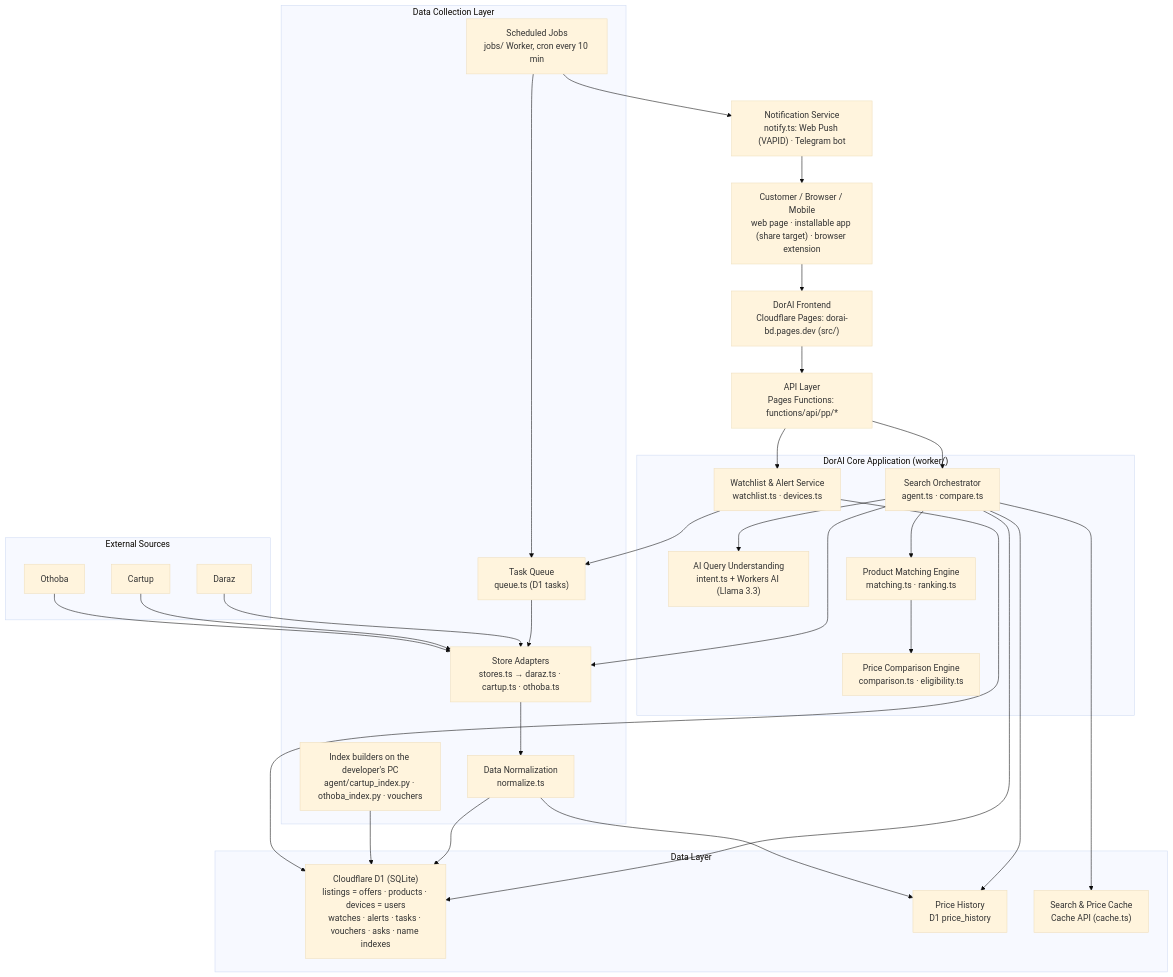
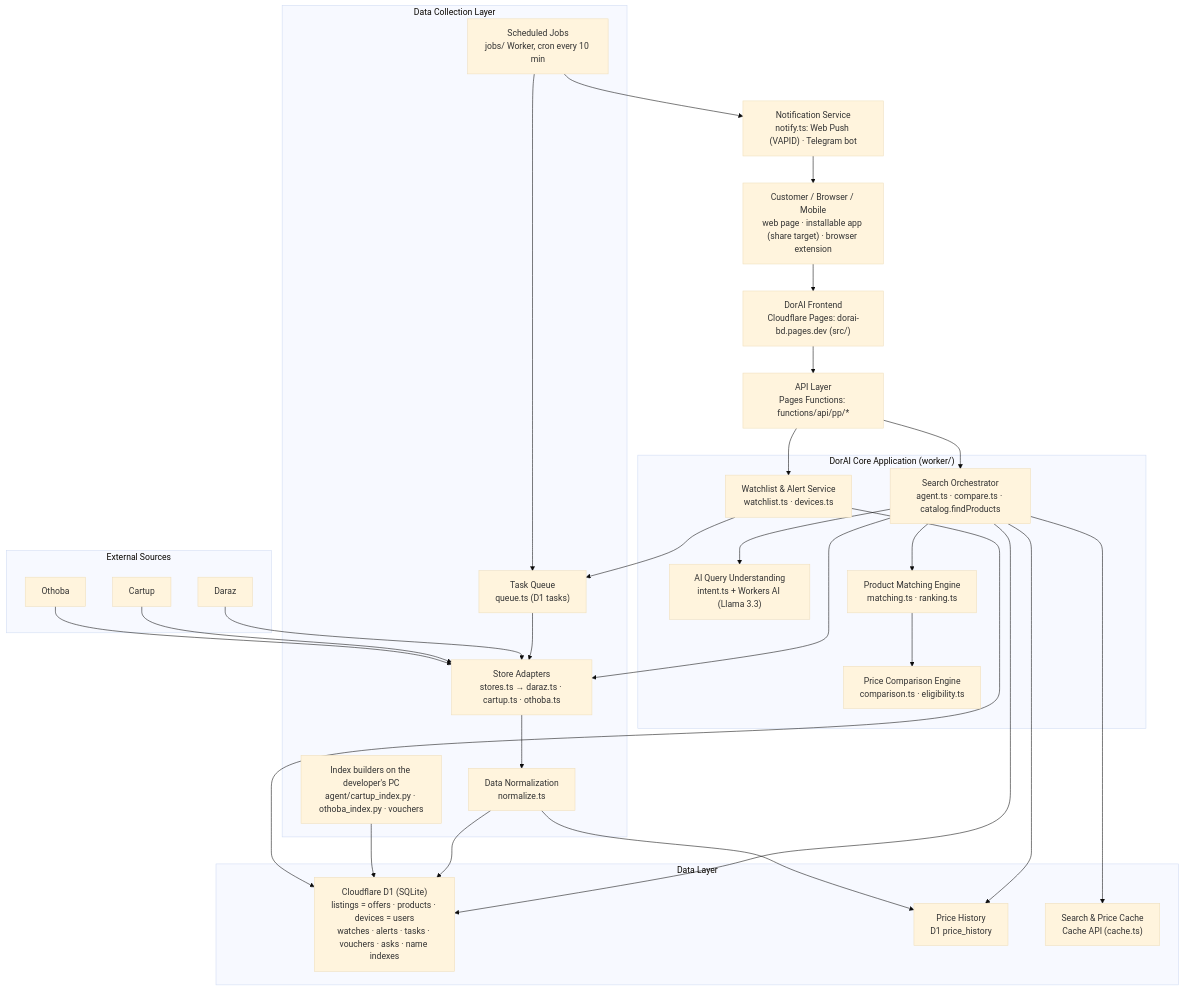
One commit to Atikul-Dipto/dorai changed the first of 3 diagrams in docs/ARCHITECTURE.md. Above: the diagram before and after it, drawn with Mermaid (base theme). The commit also changed other lines of this file and 13 other files, not shown here.

First line of the commit message:
Search follows the owner's diagram: cache, parse, find in the catalogue, rank, store

````diff
--- a/docs/ARCHITECTURE.md
+++ b/docs/ARCHITECTURE.md
@@ -6,58 +6,58 @@
 ```mermaid
 flowchart TB
   user["Customer / Browser / Mobile<br/>web page · installable app (share target) · browser extension"]
   pages["DorAI Frontend<br/>Cloudflare Pages: dorai-bd.pages.dev (src/)"]
   api["API Layer<br/>Pages Functions: functions/api/pp/*"]
 
   subgraph core["DorAI Core Application (worker/)"]
-    orch["Search Orchestrator<br/>agent.ts · compare.ts"]
+    orch["Search Orchestrator<br/>agent.ts · compare.ts · catalog.findProducts"]
     ai["AI Query Understanding<br/>intent.ts + Workers AI (Llama 3.3)"]
     match["Product Matching Engine<br/>matching.ts · ranking.ts"]
     price["Price Comparison Engine<br/>comparison.ts · eligibility.ts"]
     watch["Watchlist & Alert Service<br/>watchlist.ts · devices.ts"]
   end
 
   subgraph collect["Data Collection Layer"]
     jobs["Scheduled Jobs<br/>jobs/ Worker, cron every 10 min"]
     queue["Task Queue<br/>queue.ts (D1 tasks)"]
     adapters["Store Adapters<br/>stores.ts → daraz.ts · cartup.ts · othoba.ts"]
     norm["Data Normalization<br/>normalize.ts"]
     pc["Index builders on the developer's PC<br/>agent/cartup_index.py · othoba_index.py · vouchers"]
   end
 
   subgraph stores["External Sources"]
     daraz["Daraz"]
     cartup["Cartup"]
     othoba["Othoba"]
   end
 
   subgraph data["Data Layer"]
     d1["Cloudflare D1 (SQLite)<br/>listings = offers · products · devices = users<br/>watches · alerts · tasks · vouchers · asks · name indexes"]
     history["Price History<br/>D1 price_history"]
     cache["Search & Price Cache<br/>Cache API (cache.ts)"]
   end
 
   notify["Notification Service<br/>notify.ts: Web Push (VAPID) · Telegram bot"]
 
   user --> pages --> api
   api --> orch
   api --> watch
   orch --> ai
   orch --> match --> price
   orch --> adapters
   orch --> cache
   orch --> d1
   orch --> history
   jobs --> queue --> adapters
   daraz --> adapters
   cartup --> adapters
   othoba --> adapters
   adapters --> norm
   norm --> history
   norm --> d1
   pc --> d1
   watch --> d1
   watch --> queue
   jobs --> notify
   notify --> user
 ```
````
